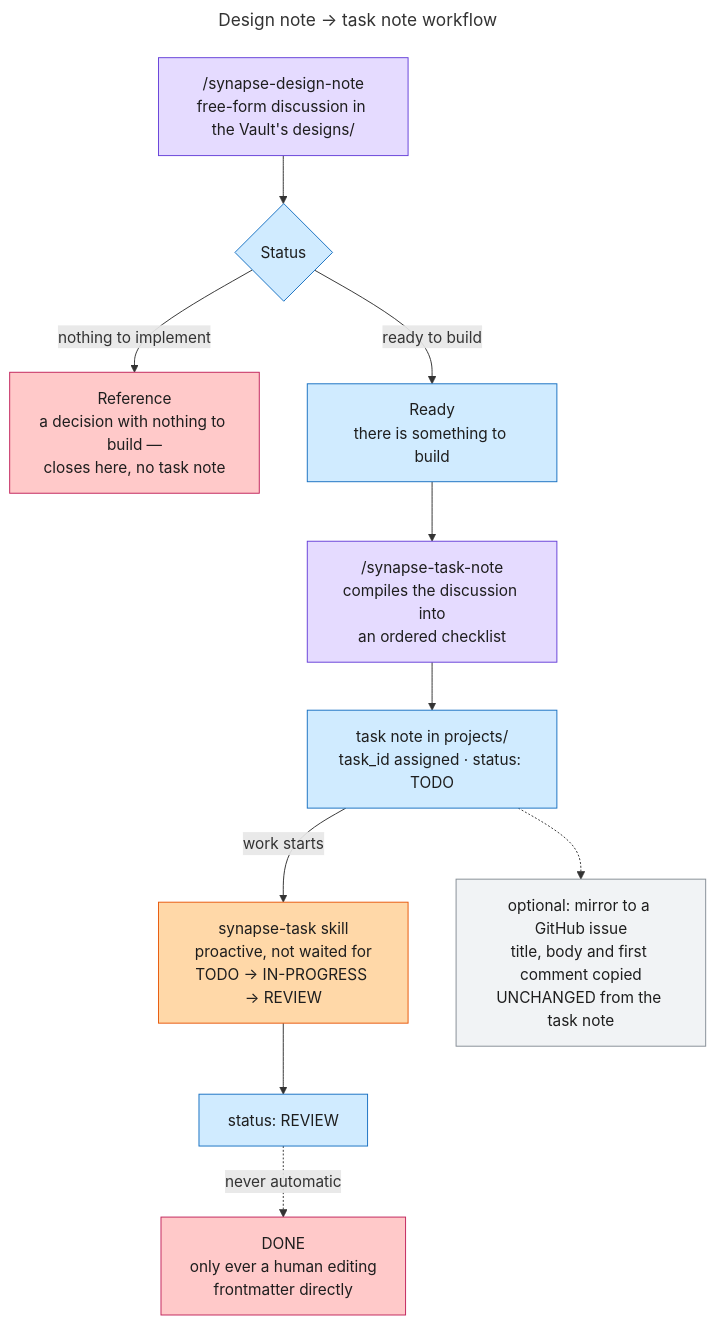
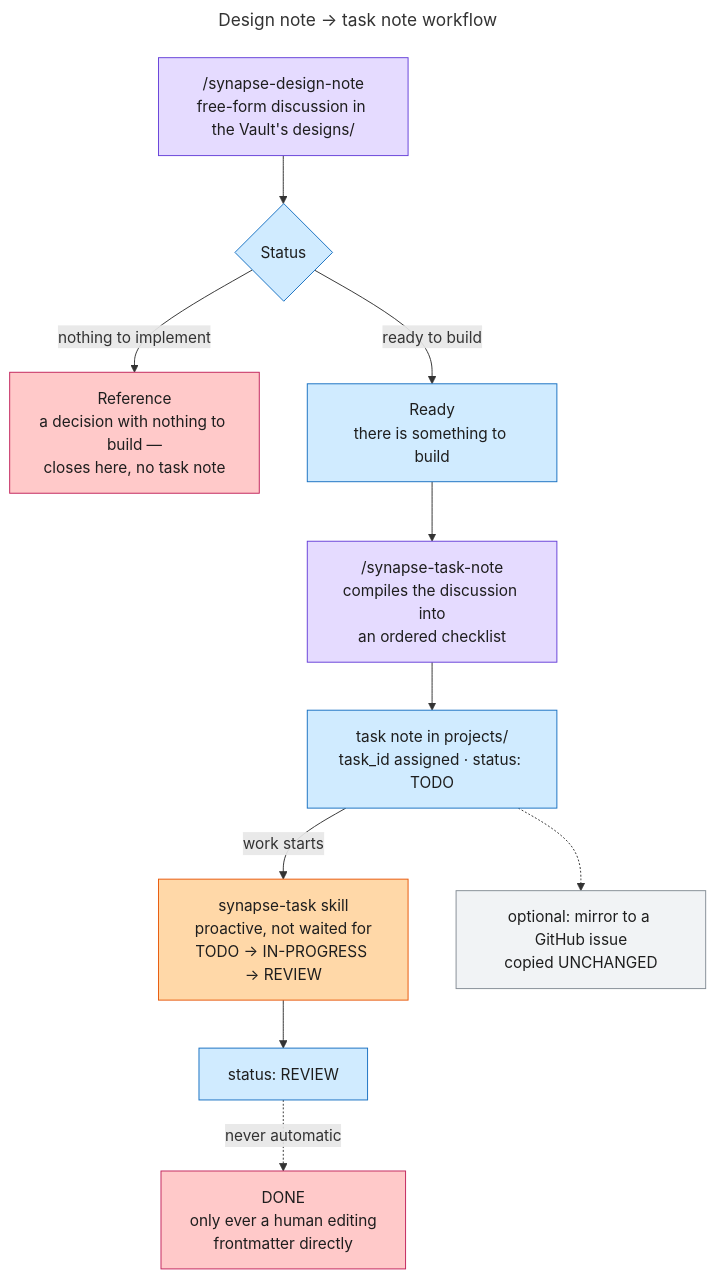
Before and after one commit to imunitic/second-brain-setup: the diagram in docs/diagrams/design-task-workflow.mmd, drawn with Mermaid. The commit also changed 12 other files, not shown here.

```diff
--- a/docs/diagrams/design-task-workflow.mmd
+++ b/docs/diagrams/design-task-workflow.mmd
@@ -1,38 +1,38 @@
 ---
 title: Design note → task note workflow
 ---
 flowchart TB
     classDef cmd fill:#e5dbff,stroke:#6741d9,color:#1e1e1e
     classDef state fill:#d0ebff,stroke:#1971c2,color:#1e1e1e
     classDef skill fill:#ffd8a8,stroke:#e8590c,color:#1e1e1e
     classDef terminal fill:#ffc9c9,stroke:#c2255c,color:#1e1e1e
     classDef optional fill:#f1f3f5,stroke:#868e96,color:#1e1e1e
 
     D["/synapse-design-note<br/>free-form discussion in the Vault's designs/"]
     DS{"Status"}
     REF["Reference<br/>a decision with nothing to build —<br/>closes here, no task note"]
     READY["Ready<br/>there is something to build"]
 
     T["/synapse-task-note<br/>compiles the discussion into<br/>an ordered checklist"]
     TN["task note in projects/<br/>task_id assigned · status: TODO"]
 
     SK["synapse-task skill<br/>proactive, not waited for<br/>TODO → IN-PROGRESS → REVIEW"]
     REV["status: REVIEW"]
     DONE["DONE<br/>only ever a human editing<br/>frontmatter directly"]
 
-    GH["optional: mirror to a GitHub issue<br/>title, body and first comment copied<br/>UNCHANGED from the task note"]
+    GH["optional: mirror to a GitHub issue<br/>copied UNCHANGED"]
 
     D --> DS
     DS -->|"nothing to implement"| REF
     DS -->|"ready to build"| READY
     READY --> T --> TN
     TN -->|"work starts"| SK
     SK --> REV
     REV -.->|"never automatic"| DONE
     TN -.-> GH
 
     class D,T cmd
     class DS,READY,TN,REV state
     class SK skill
     class REF,DONE terminal
     class GH optional
```
